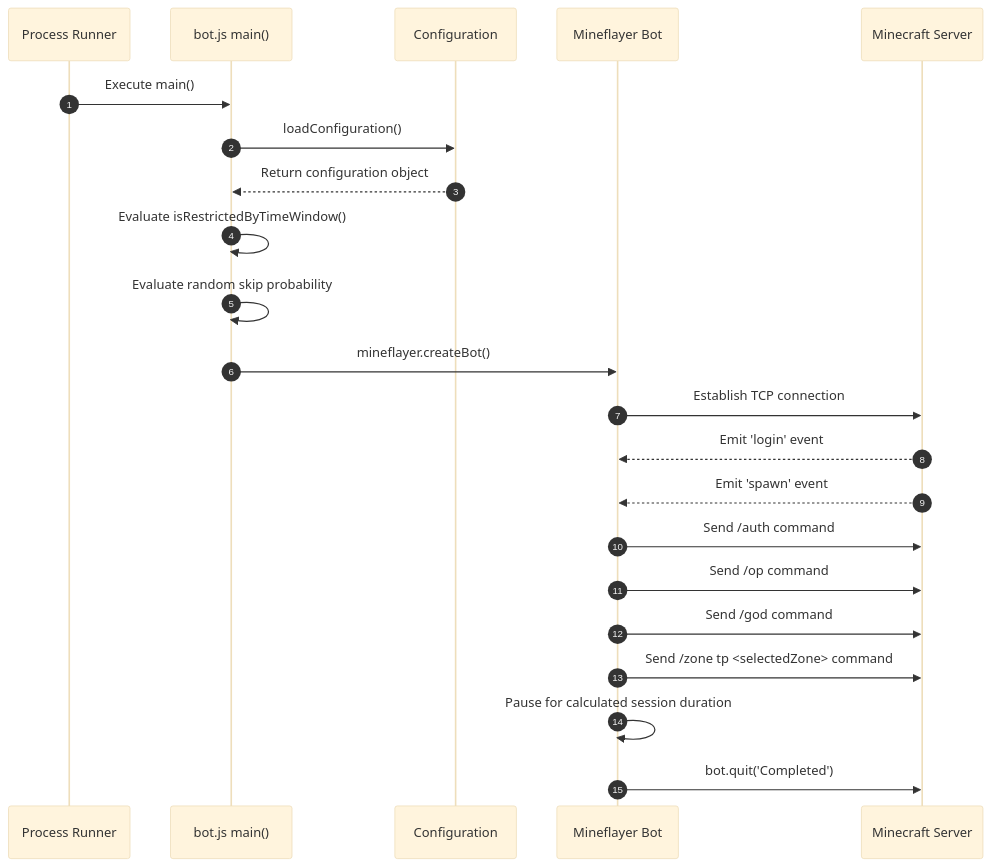
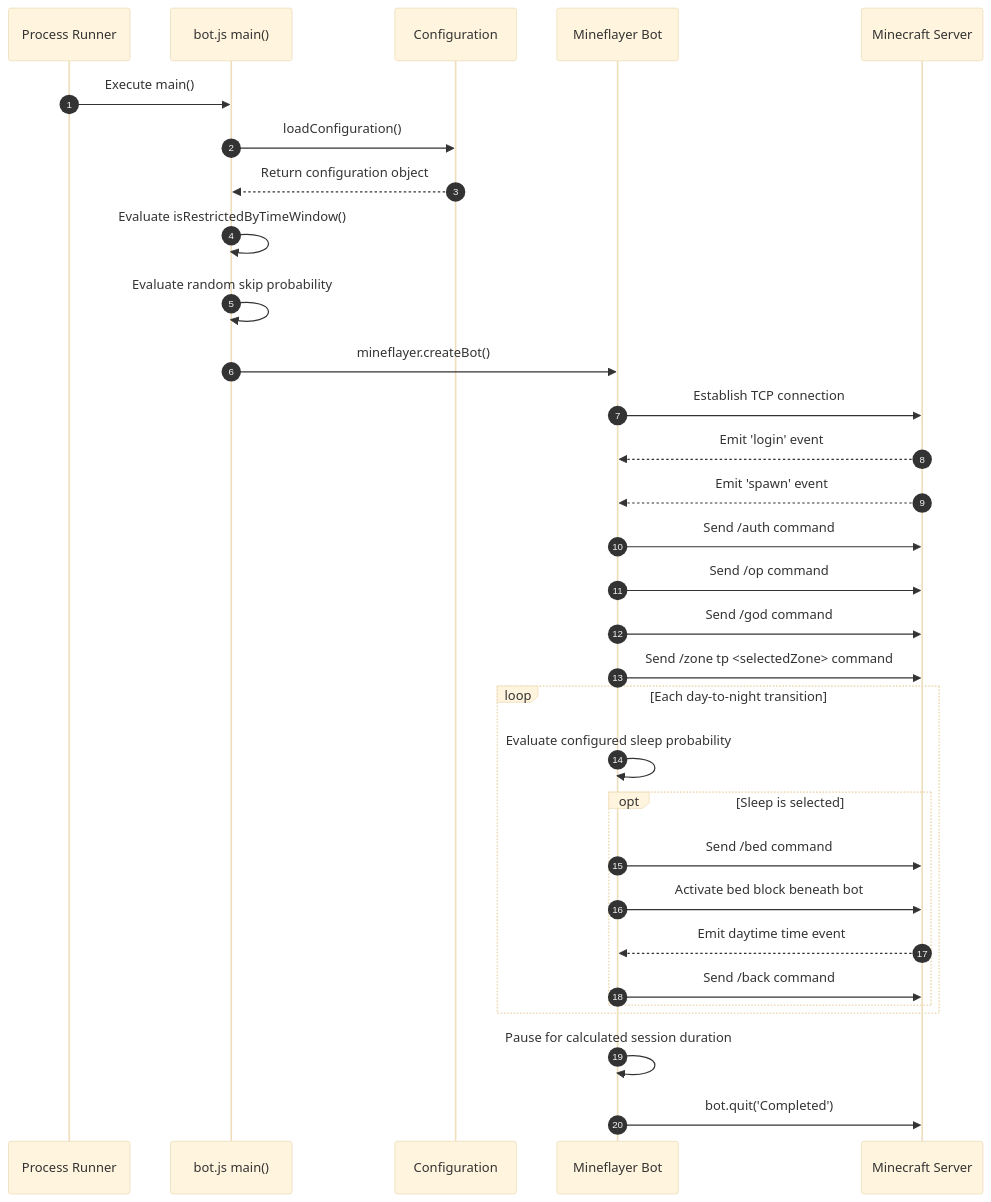
The third of 7 diagrams in ARCHITECTURE.md (hmlendea/minecraft-afk-bot), drawn with Mermaid (base theme) before and after one commit. The commit also changed other lines of this file and 4 other files, not shown here.

````diff
--- a/ARCHITECTURE.md
+++ b/ARCHITECTURE.md
@@ -83,25 +84,34 @@
 ```mermaid
 sequenceDiagram
     autonumber
     participant CLI as Process Runner
     participant Main as bot.js main()
     participant Config as Configuration
     participant Bot as Mineflayer Bot
     participant Server as Minecraft Server
 
     CLI->>Main: Execute main()
     Main->>Config: loadConfiguration()
     Config-->>Main: Return configuration object
     Main->>Main: Evaluate isRestrictedByTimeWindow()
     Main->>Main: Evaluate random skip probability
     Main->>Bot: mineflayer.createBot()
     Bot->>Server: Establish TCP connection
     Server-->>Bot: Emit 'login' event
     Server-->>Bot: Emit 'spawn' event
     Bot->>Server: Send /auth command
     Bot->>Server: Send /op command
     Bot->>Server: Send /god command
     Bot->>Server: Send /zone tp <selectedZone> command
+    loop Each day-to-night transition
+      Bot->>Bot: Evaluate configured sleep probability
+      opt Sleep is selected
+        Bot->>Server: Send /bed command
+        Bot->>Server: Activate bed block beneath bot
+        Server-->>Bot: Emit daytime time event
+        Bot->>Server: Send /back command
+      end
+    end
     Bot->>Bot: Pause for calculated session duration
     Bot->>Server: bot.quit('Completed')
 ```
````
